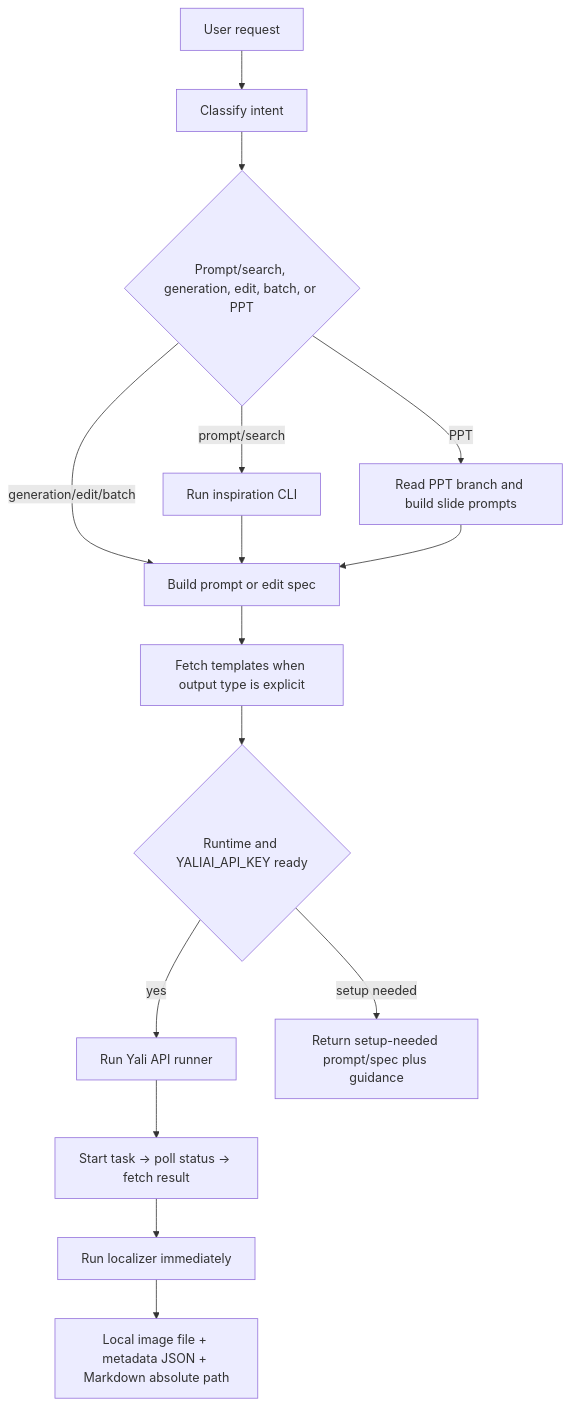
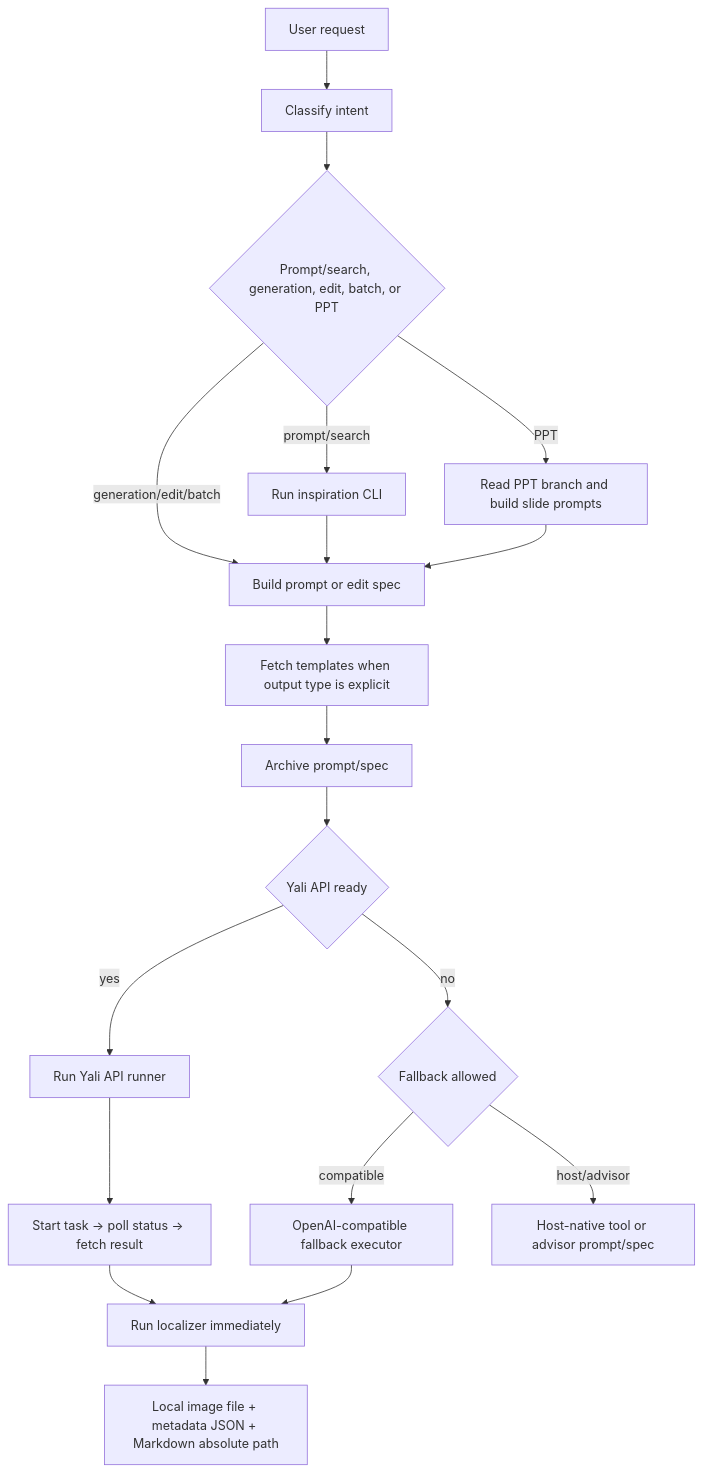
The diagram in references/image-generation-workflow.md (pptt121212/yaliai-gpt-image-2-inspiration), drawn with Mermaid before and after one commit. The commit also changed other lines of this file and 17 other files, not shown here.

````diff
--- a/references/image-generation-workflow.md
+++ b/references/image-generation-workflow.md
@@ -13,17 +15,21 @@
 ```mermaid
 flowchart TD
   A["User request"] --> B["Classify intent"]
   B --> C{"Prompt/search, generation, edit, batch, or PPT"}
   C -->|prompt/search| D["Run inspiration CLI"]
   C -->|generation/edit/batch| E["Build prompt or edit spec"]
   C -->|PPT| F["Read PPT branch and build slide prompts"]
   D --> E
   F --> E
   E --> G["Fetch templates when output type is explicit"]
-  G --> H{"Runtime and YALIAI_API_KEY ready"}
-  H -->|yes| I["Run Yali API runner"]
-  I --> J["Start task -> poll status -> fetch result"]
-  J --> K["Run localizer immediately"]
-  K --> L["Local image file + metadata JSON + Markdown absolute path"]
-  H -->|setup needed| M["Return setup-needed prompt/spec plus guidance"]
+  G --> H["Archive prompt/spec"]
+  H --> I{"Yali API ready"}
+  I -->|yes| J["Run Yali API runner"]
+  J --> K["Start task -> poll status -> fetch result"]
+  K --> L["Run localizer immediately"]
+  L --> M["Local image file + metadata JSON + Markdown absolute path"]
+  I -->|no| N{"Fallback allowed"}
+  N -->|compatible| O["OpenAI-compatible fallback executor"]
+  O --> L
+  N -->|host/advisor| P["Host-native tool or advisor prompt/spec"]
 ```
````
